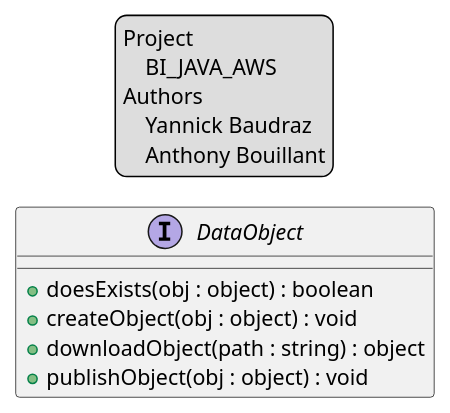
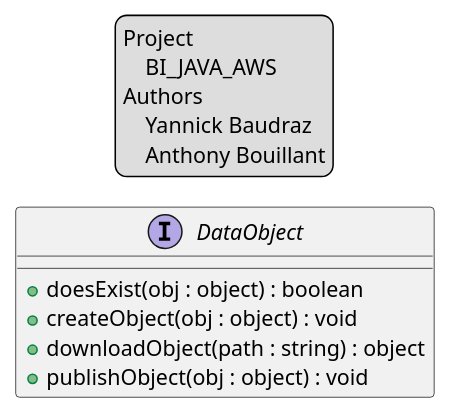
One commit to CPNV-ES-BI/BI_JAVA_AWS changed the diagram in doc/DataObject.puml. Above: the diagram before and after it, drawn with PlantUML. The commit also changed 5 other files, not shown here.

Commit message:
Add doesExists implementation

```diff
--- a/doc/DataObject.puml
+++ b/doc/DataObject.puml
@@ -1,19 +1,19 @@
 @startuml
 'https://plantuml.com/class-diagram
 
 legend top
     Project
         BI_JAVA_AWS
     Authors
         Yannick Baudraz
         Anthony Bouillant
 endlegend
 
 interface DataObject {
-    + doesExists(obj : object) : boolean
+    + doesExist(obj : object) : boolean
     + createObject(obj : object) : void
     + downloadObject(path : string) : object
     + publishObject(obj : object) : void
 }
 
 @enduml
```
